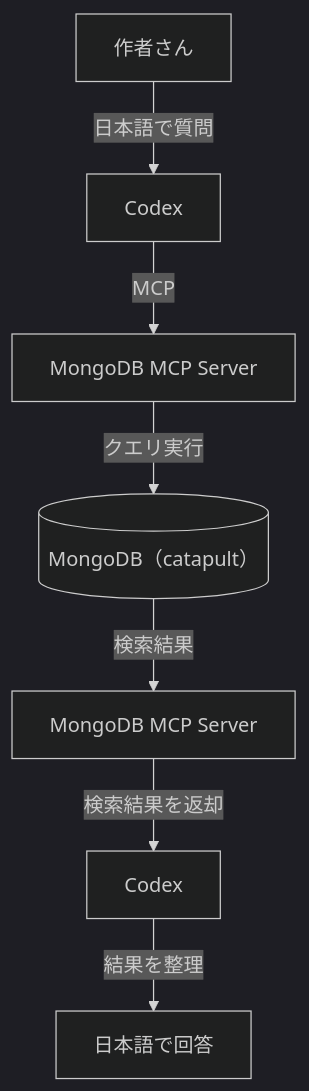
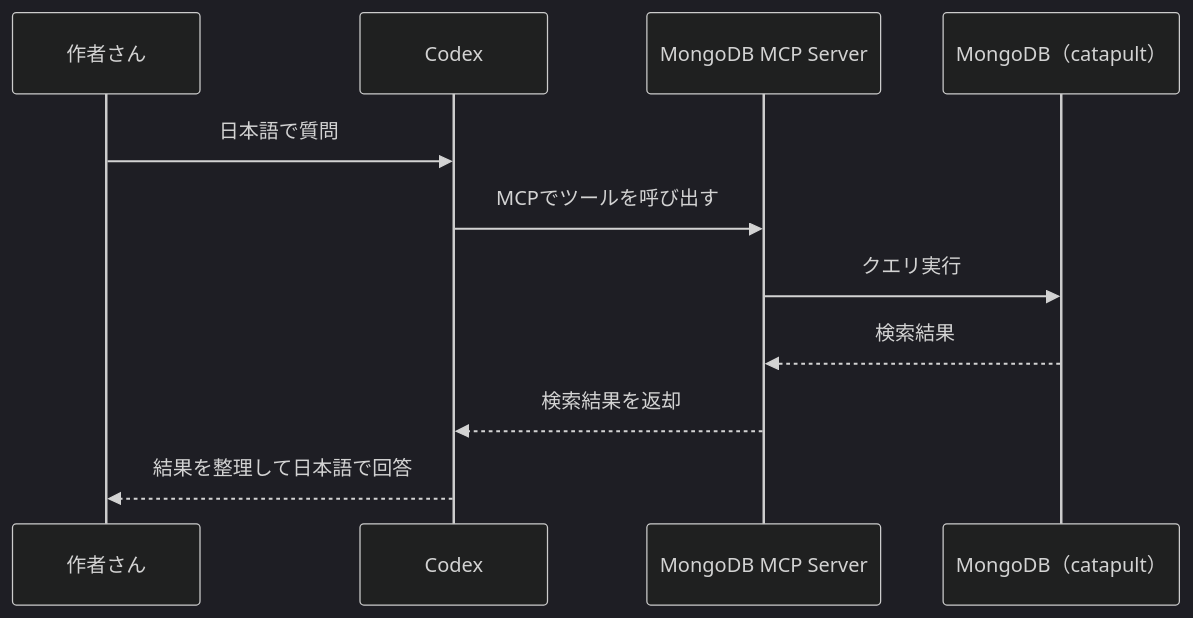
Before and after one commit to ccHarvestasya/qiita-tsuduri: the first of 2 diagrams in public/2026-advent-shinonome-01-symbol-mongodb-codex-mcp.md, drawn with Mermaid (dark theme). The commit also changed other lines of this file and 2 other files, not shown here.

````diff
--- a/public/2026-advent-shinonome-01-symbol-mongodb-codex-mcp.md
+++ b/public/2026-advent-shinonome-01-symbol-mongodb-codex-mcp.md
@@ -75,9 +75,13 @@
 ```mermaid
-flowchart TD
-    A["作者さん"] -->|日本語で質問| B[Codex]
-    B -->|MCP| C[MongoDB MCP Server]
-    C -->|クエリ実行| D[("MongoDB（catapult）")]
-    D -->|検索結果| E[MongoDB MCP Server]
-    E -->|検索結果を返却| F[Codex]
-    F -->|結果を整理| G[日本語で回答]
+sequenceDiagram
+    participant A as 作者さん
+    participant B as Codex
+    participant C as MongoDB MCP Server
+    participant D as MongoDB（catapult）
+    A->>B: 日本語で質問
+    B->>C: MCPでツールを呼び出す
+    C->>D: クエリ実行
+    D-->>C: 検索結果
+    C-->>B: 検索結果を返却
+    B-->>A: 結果を整理して日本語で回答
 ```
````
